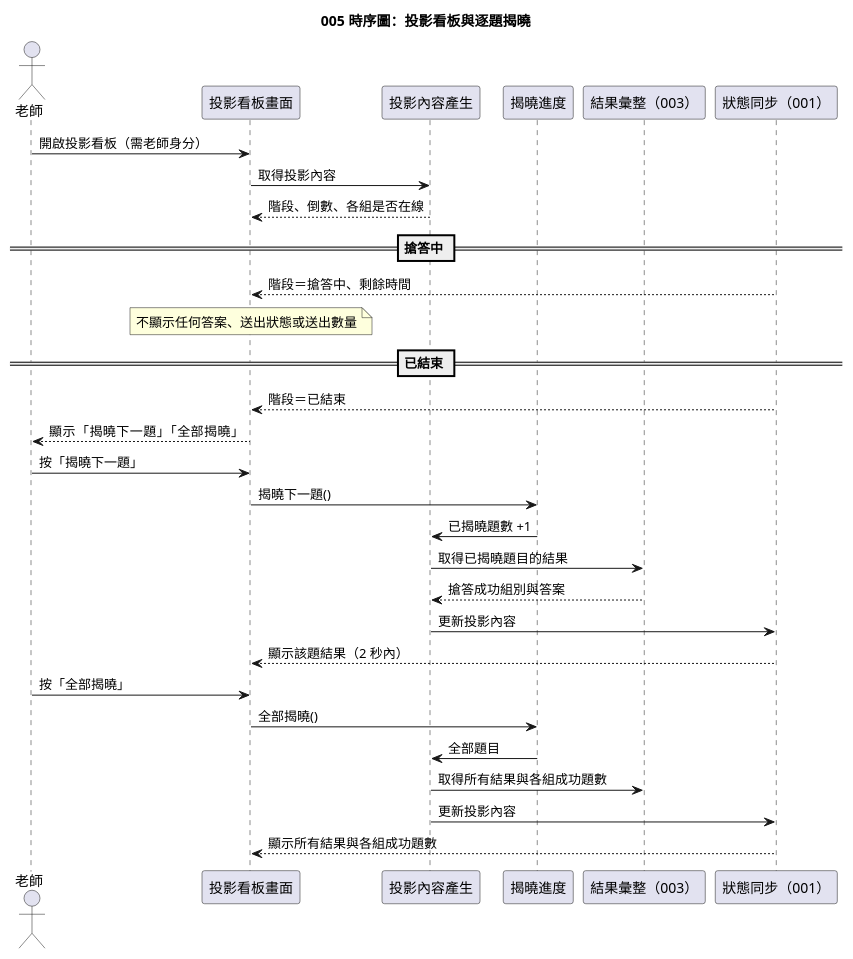
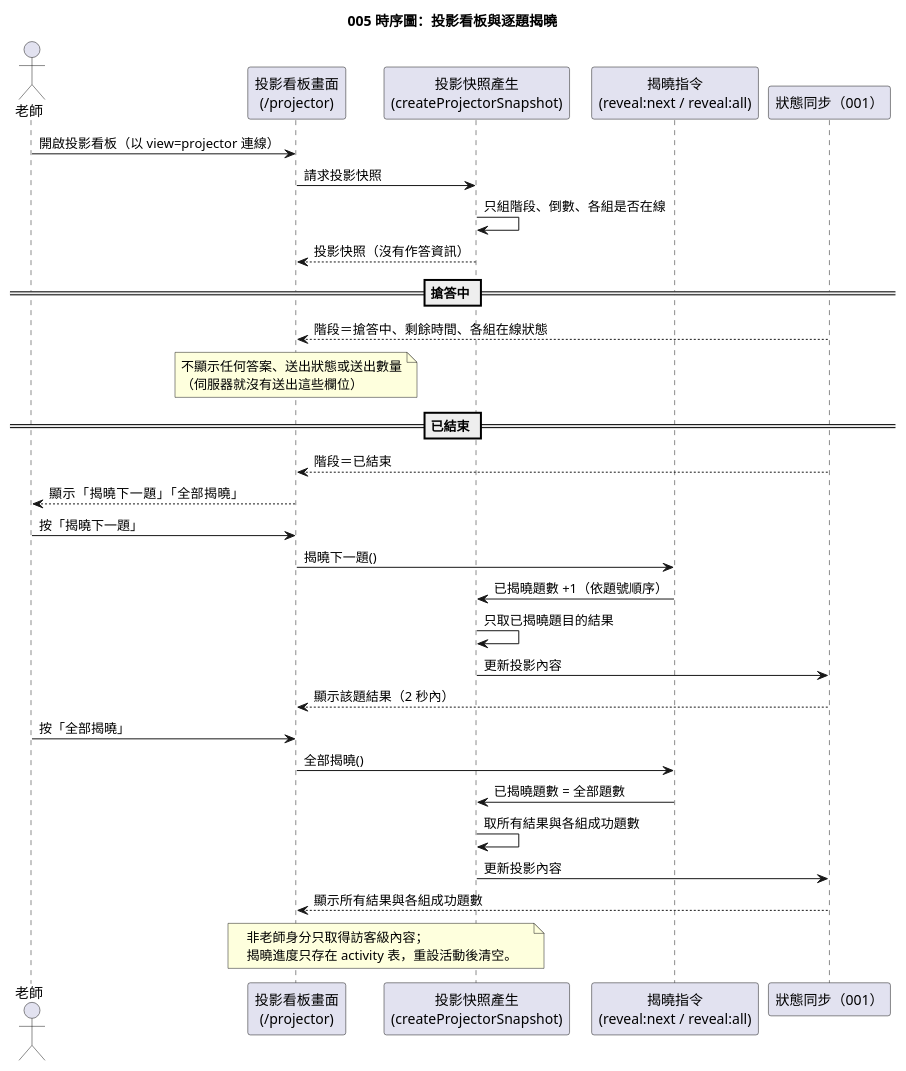
One commit to Danielweng0902/Answering-System_speckit changed the diagram in diagrams/005-fairness-and-extras-seq-reveal.puml. Above: the diagram before and after it, drawn with PlantUML. The commit also changed 82 other files, not shown here.

```diff
--- a/diagrams/005-fairness-and-extras-seq-reveal.puml
+++ b/diagrams/005-fairness-and-extras-seq-reveal.puml
@@ -1,36 +1,37 @@
 @startuml
 title 005 時序圖：投影看板與逐題揭曉
 
 actor 老師
-participant "投影看板畫面" as P
-participant "投影內容產生" as V
-participant "揭曉進度" as R
-participant "結果彙整（003）" as RB
+participant "投影看板畫面\n(/projector)" as P
+participant "投影快照產生\n(createProjectorSnapshot)" as V
+participant "揭曉指令\n(reveal:next / reveal:all)" as R
 participant "狀態同步（001）" as B
 
-老師 -> P : 開啟投影看板（需老師身分）
-P -> V : 取得投影內容
-V --> P : 階段、倒數、各組是否在線
+老師 -> P : 開啟投影看板（以 view=projector 連線）
+P -> V : 請求投影快照
+V -> V : 只組階段、倒數、各組是否在線
+V --> P : 投影快照（沒有作答資訊）
 
 == 搶答中 ==
-B --> P : 階段＝搶答中、剩餘時間
-note over P : 不顯示任何答案、送出狀態或送出數量
+B --> P : 階段＝搶答中、剩餘時間、各組在線狀態
+note over P : 不顯示任何答案、送出狀態或送出數量\n（伺服器就沒有送出這些欄位）
 
 == 已結束 ==
 B --> P : 階段＝已結束
 P --> 老師 : 顯示「揭曉下一題」「全部揭曉」
 老師 -> P : 按「揭曉下一題」
 P -> R : 揭曉下一題()
-R -> V : 已揭曉題數 +1
-V -> RB : 取得已揭曉題目的結果
-RB --> V : 搶答成功組別與答案
+R -> V : 已揭曉題數 +1（依題號順序）
+V -> V : 只取已揭曉題目的結果
 V -> B : 更新投影內容
 B --> P : 顯示該題結果（2 秒內）
 
 老師 -> P : 按「全部揭曉」
 P -> R : 全部揭曉()
-R -> V : 全部題目
-V -> RB : 取得所有結果與各組成功題數
+R -> V : 已揭曉題數 = 全部題數
+V -> V : 取所有結果與各組成功題數
 V -> B : 更新投影內容
 B --> P : 顯示所有結果與各組成功題數
+
+note over V, P : 非老師身分只取得訪客級內容；\n揭曉進度只存在 activity 表，重設活動後清空。
 @enduml
```
